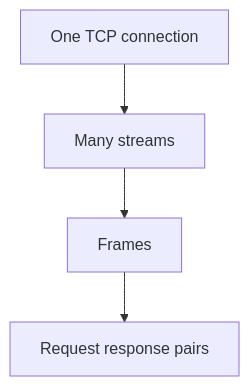
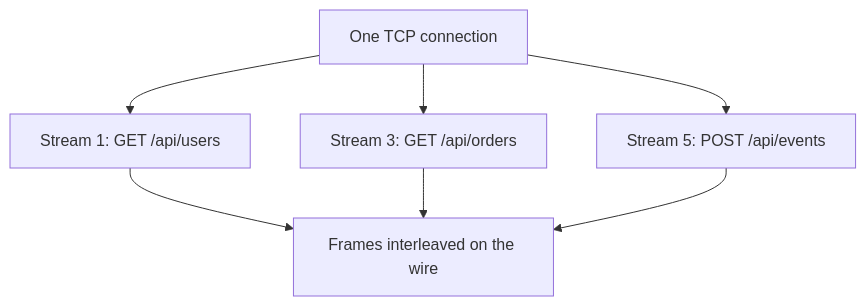
One commit to grafanaKibana/devbook.zip changed the diagram in Vault/Software Engineering/04 Networks/Protocols/HTTP 2.md. Above: the diagram before and after it, drawn with Mermaid. The commit also changed other lines of this file and 25 other files, not shown here.

````diff
--- a/Vault/Software Engineering/04 Networks/Protocols/HTTP 2.md
+++ b/Vault/Software Engineering/04 Networks/Protocols/HTTP 2.md
@@ -24,6 +34,9 @@
 ```mermaid
 flowchart TD
-  A[One TCP connection] --> B[Many streams]
-  B --> C[Frames]
-  C --> D[Request response pairs]
+  A[One TCP connection] --> B[Stream 1: GET /api/users]
+  A --> C[Stream 3: GET /api/orders]
+  A --> D[Stream 5: POST /api/events]
+  B --> E[Frames interleaved on the wire]
+  C --> E
+  D --> E
 ```
````
